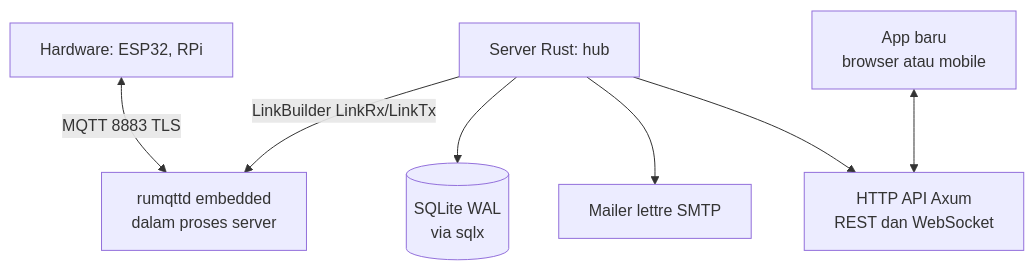
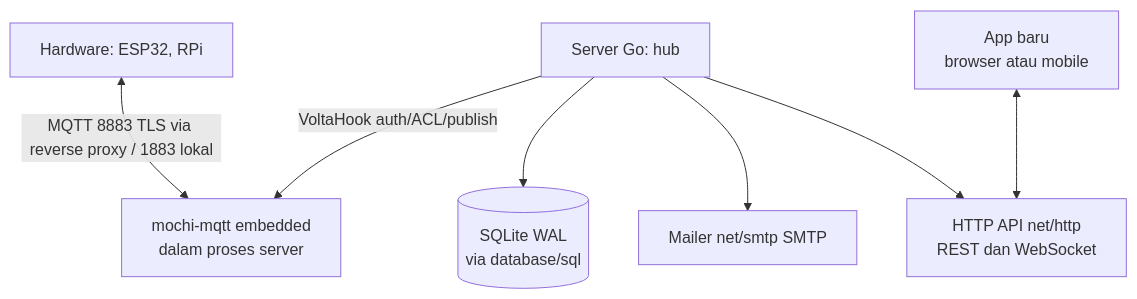
Before and after one commit to Andrisetianabrata/volta-IoT: the diagram in README.md, drawn with Mermaid. The commit also changed other lines of this file and 78 other files, not shown here.

First line of the commit message:
Migrasi server Rust ke Go di root repo

````diff
--- a/README.md
+++ b/README.md
@@ -11,9 +11,9 @@
 ```mermaid
 flowchart TD
-    D[Hardware: ESP32, RPi] <-->|MQTT 8883 TLS| B[rumqttd embedded<br/>dalam proses server]
-    S[Server Rust: hub] -->|LinkBuilder LinkRx/LinkTx| B
-    S --> DB[(SQLite WAL<br/>via sqlx)]
-    S --> M[Mailer lettre SMTP]
-    S --> APID[HTTP API Axum<br/>REST dan WebSocket]
+    D[Hardware: ESP32, RPi] <-->|MQTT 8883 TLS via reverse proxy / 1883 lokal| B[mochi-mqtt embedded<br/>dalam proses server]
+    S[Server Go: hub] -->|VoltaHook auth/ACL/publish| B
+    S --> DB[(SQLite WAL<br/>via database/sql)]
+    S --> M[Mailer net/smtp SMTP]
+    S --> APID[HTTP API net/http<br/>REST dan WebSocket]
     A[App baru<br/>browser atau mobile] <--> APID
 ```
````
